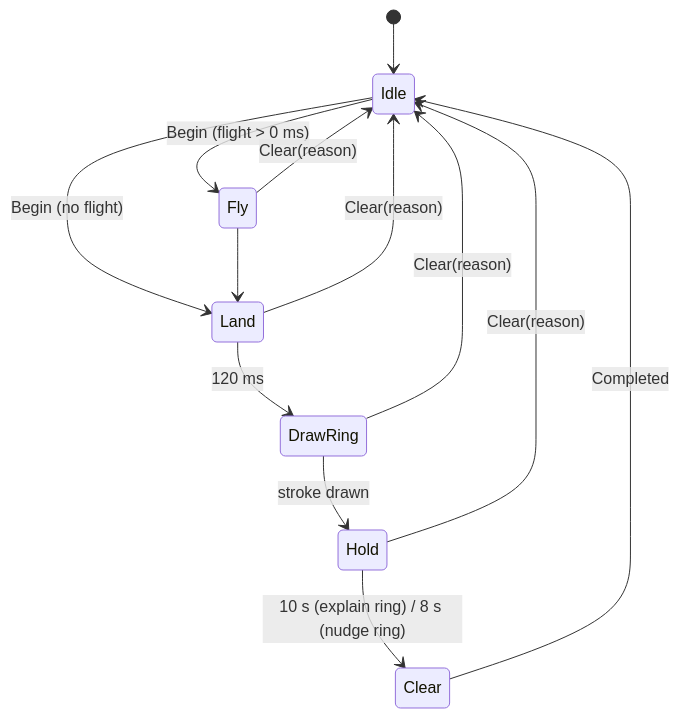
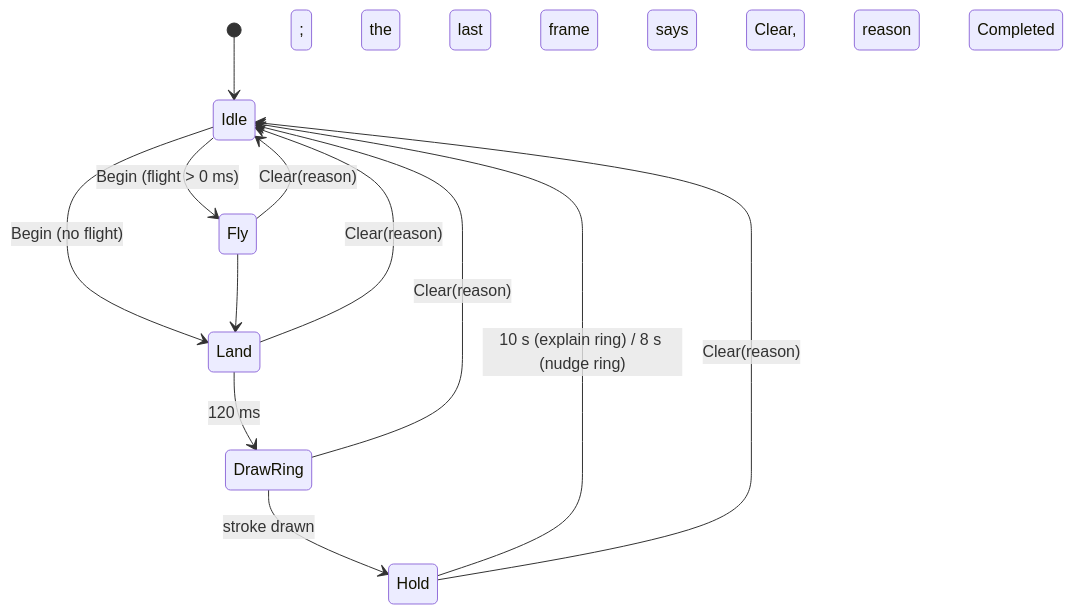
Before and after one commit to vikas53953/bluey: the seventh of 7 diagrams in docs/architecture/notch-lifecycle.md, drawn with Mermaid. The commit also changed other lines of this file, not shown here.

````diff
--- a/docs/architecture/notch-lifecycle.md
+++ b/docs/architecture/notch-lifecycle.md
@@ -297,15 +303,14 @@
 ```mermaid
 stateDiagram-v2
   [*] --> Idle
   Idle --> Fly: Begin (flight > 0 ms)
   Idle --> Land: Begin (no flight)
   Fly --> Land
   Land --> DrawRing: 120 ms
   DrawRing --> Hold: stroke drawn
-  Hold --> Clear: 10 s (explain ring) / 8 s (nudge ring)
-  Clear --> Idle: Completed
+  Hold --> Idle: 10 s (explain ring) / 8 s (nudge ring); the last frame says Clear, reason Completed
   Fly --> Idle: Clear(reason)
   Land --> Idle: Clear(reason)
   DrawRing --> Idle: Clear(reason)
   Hold --> Idle: Clear(reason)
 ```
````
